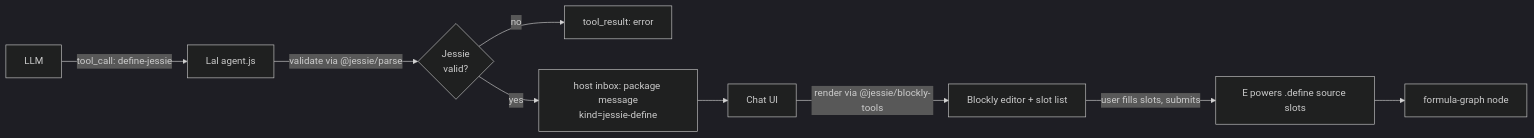
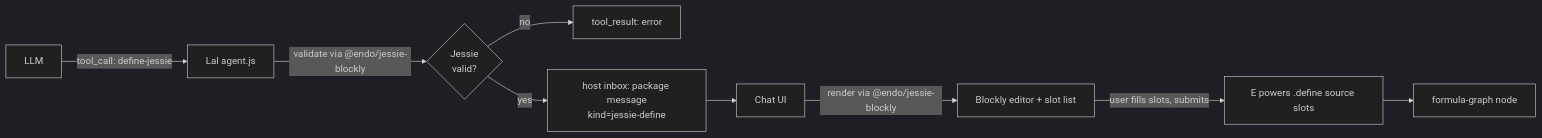
The diagram in designs/lal-jessie-blocky.md (kriscendobot/endo-but-for-bots), drawn with Mermaid (dark theme) before and after one commit. The commit also changed other lines of this file and 1 other file, not shown here.

First line of the commit message:
design(lal-jessie-blocky): adopt @endo/jessie-blockly vendor package per #237 review

````diff
--- a/designs/lal-jessie-blocky.md
+++ b/designs/lal-jessie-blocky.md
@@ -63,11 +65,11 @@
 ```mermaid
 flowchart LR
     LLM[LLM] -->|tool_call: define-jessie| Lal[Lal agent.js]
-    Lal -->|validate via @jessie/parse| JV{Jessie<br/>valid?}
+    Lal -->|validate via @endo/jessie-blockly| JV{Jessie<br/>valid?}
     JV -->|no| TR[tool_result: error]
     JV -->|yes| HM[host inbox: package message<br/>kind=jessie-define]
     HM --> Chat[Chat UI]
-    Chat -->|render via @jessie/blockly-tools| BE[Blockly editor + slot list]
+    Chat -->|render via @endo/jessie-blockly| BE[Blockly editor + slot list]
     BE -->|user fills slots, submits| Eval[E powers .define source slots]
     Eval --> Result[formula-graph node]
 ```
````
